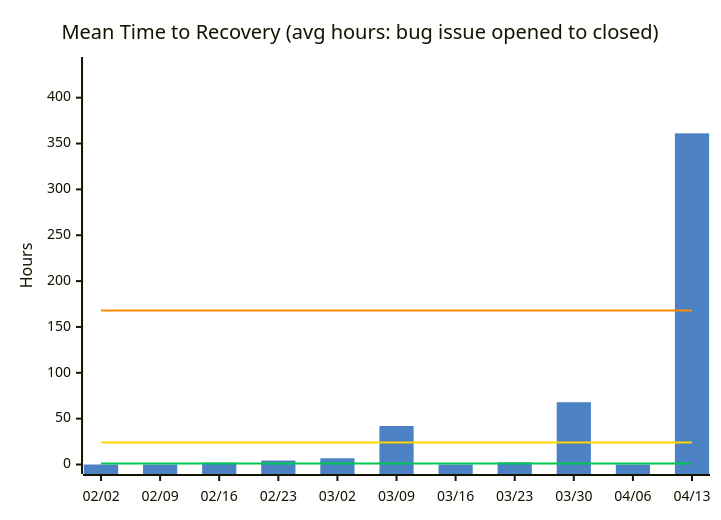
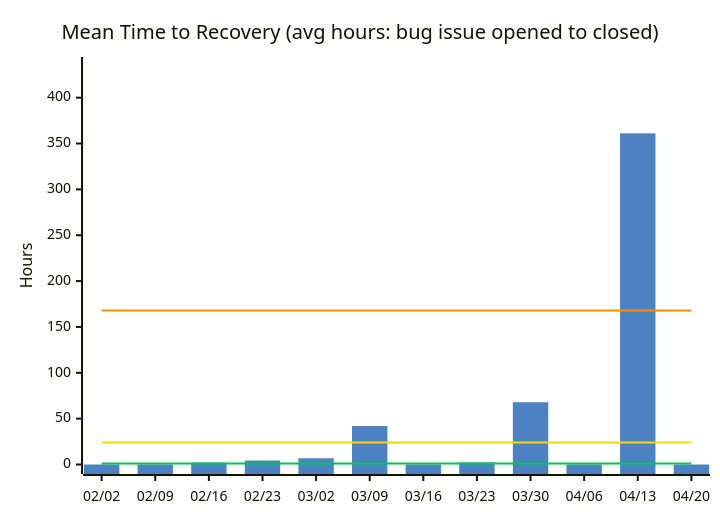
The fourth of 14 diagrams in docs/metrics.md (nablarch/nabledge-dev), drawn with Mermaid before and after one commit. The commit also changed other lines of this file and 2 other files, not shown here.

````diff
--- a/docs/metrics.md
+++ b/docs/metrics.md
@@ -73,11 +73,11 @@
 ```mermaid
 %%{init: {'theme': 'base', 'themeVariables': {'xyChart': {'plotColorPalette': '#4C82C3,#00C853,#FFD600,#FF8C00'}}}}%%
 xychart-beta
   title "Mean Time to Recovery (avg hours: bug issue opened to closed)"
-  x-axis ["02/02", "02/09", "02/16", "02/23", "03/02", "03/09", "03/16", "03/23", "03/30", "04/06", "04/13"]
+  x-axis ["02/02", "02/09", "02/16", "02/23", "03/02", "03/09", "03/16", "03/23", "03/30", "04/06", "04/13", "04/20"]
   y-axis "Hours" 0 --> 434
-  bar [0, 0, 2, 4.3, 6.8, 42, 0, 2.3, 67.9, 0, 361.1]
-  line [1, 1, 1, 1, 1, 1, 1, 1, 1, 1, 1]
-  line [24, 24, 24, 24, 24, 24, 24, 24, 24, 24, 24]
-  line [168, 168, 168, 168, 168, 168, 168, 168, 168, 168, 168]
+  bar [0, 0, 2, 4.3, 6.8, 42, 0, 2.3, 67.9, 0, 361.1, 0]
+  line [1, 1, 1, 1, 1, 1, 1, 1, 1, 1, 1, 1]
+  line [24, 24, 24, 24, 24, 24, 24, 24, 24, 24, 24, 24]
+  line [168, 168, 168, 168, 168, 168, 168, 168, 168, 168, 168, 168]
 ```
````
